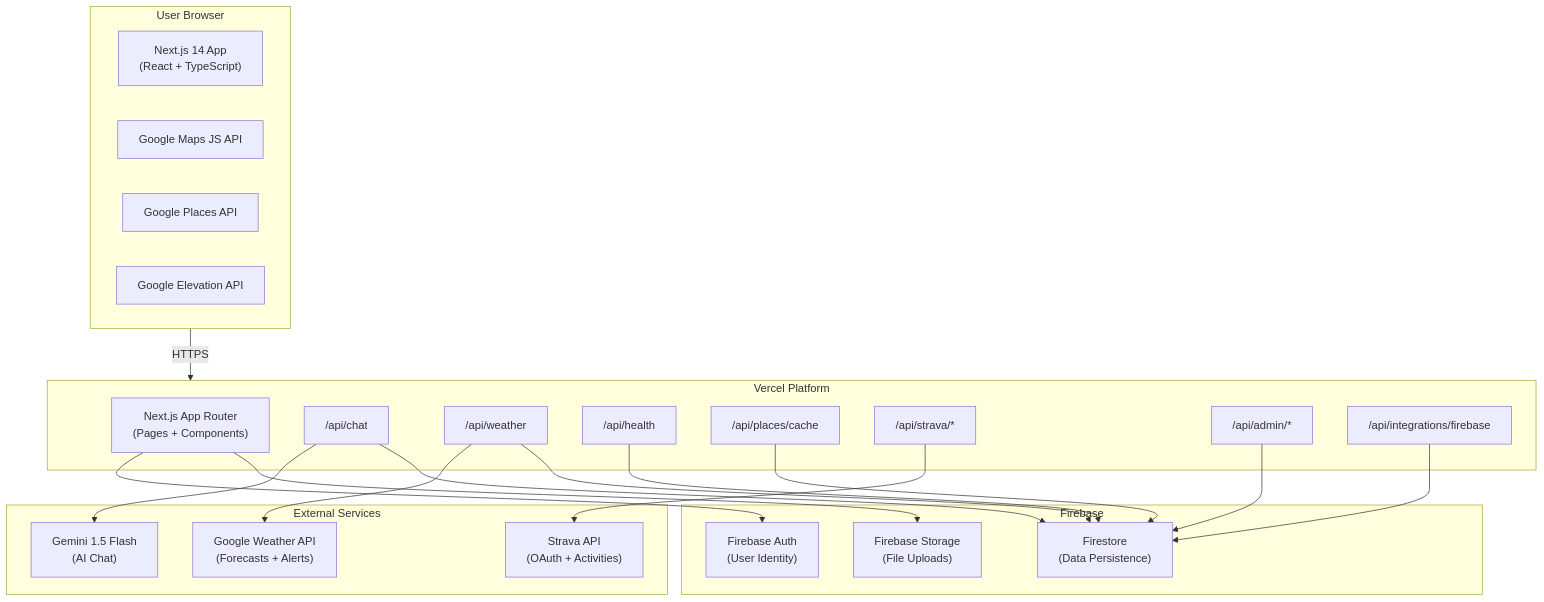
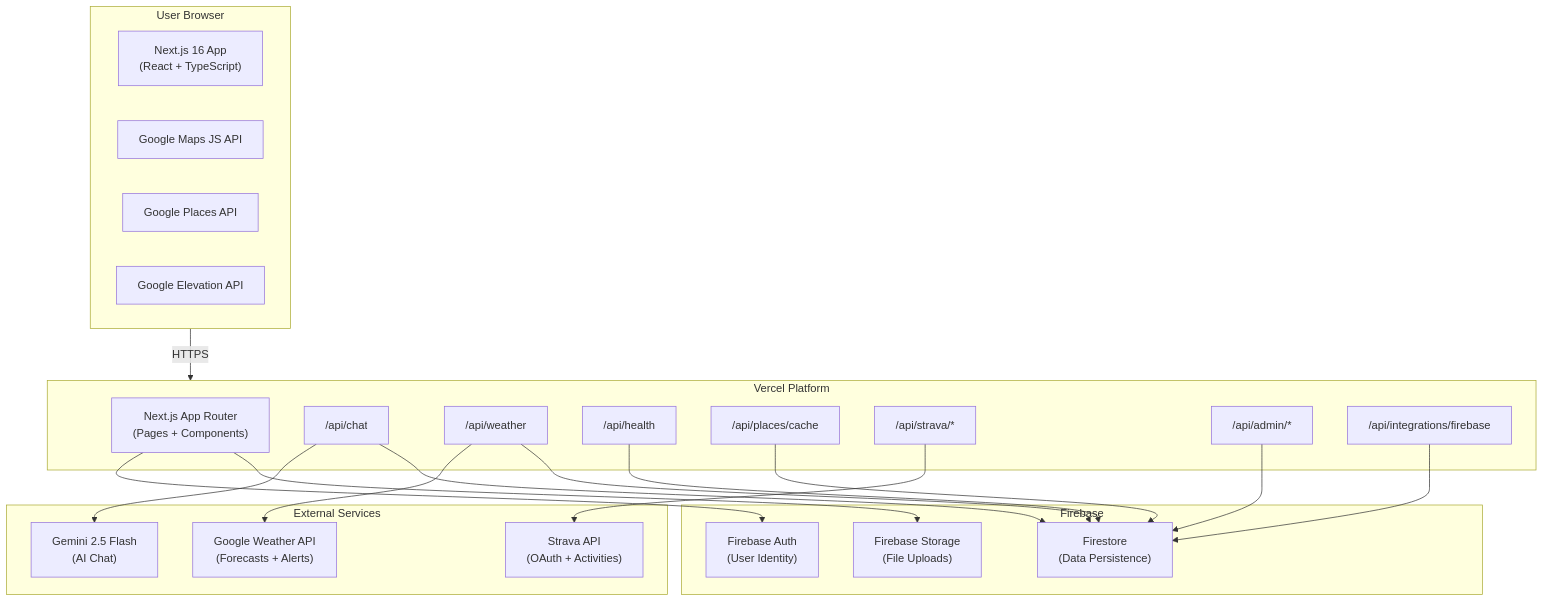
Before and after one commit to Oweeboi011/Fit-Ready-IQ: the first of 5 diagrams in README.md, drawn with Mermaid. The commit also changed other lines of this file and 1 other file, not shown here.

Commit message:
docs: correct the framework and model versions the docs still claimed
Both CLAUDE.md and the README described a Next.js 14 frontend talking to
Gemini 1.5 Flash. The chat model moved to gemini-2.5-flash when the 1.5
endpoint started returning 404, and the frontend is on Next 16.

Also records why the last-known location must be restored in an effect
rather than a useState initializer, since the obvious version of that
code reintroduces the hydration mismatch just fixed.

````diff
--- a/README.md
+++ b/README.md
@@ -42,45 +42,45 @@
 ```mermaid
 graph TB
     subgraph Client["User Browser"]
-        UI["Next.js 14 App<br/>(React + TypeScript)"]
+        UI["Next.js 16 App<br/>(React + TypeScript)"]
         Maps["Google Maps JS API"]
         Places["Google Places API"]
         Elevation["Google Elevation API"]
     end
 
     subgraph Vercel["Vercel Platform"]
         App["Next.js App Router<br/>(Pages + Components)"]
         ChatRoute["/api/chat"]
         WeatherRoute["/api/weather"]
         HealthRoute["/api/health"]
         PlacesCache["/api/places/cache"]
         StravaRoutes["/api/strava/*"]
         AdminRoutes["/api/admin/*"]
         FirebaseRoute["/api/integrations/firebase"]
     end
 
     subgraph External["External Services"]
-        Gemini["Gemini 1.5 Flash<br/>(AI Chat)"]
+        Gemini["Gemini 2.5 Flash<br/>(AI Chat)"]
         Strava["Strava API<br/>(OAuth + Activities)"]
         Weather["Google Weather API<br/>(Forecasts + Alerts)"]
     end
 
     subgraph Firebase["Firebase"]
         Firestore["Firestore<br/>(Data Persistence)"]
         Auth["Firebase Auth<br/>(User Identity)"]
         Storage["Firebase Storage<br/>(File Uploads)"]
     end
 
     Client -->|HTTPS| Vercel
     ChatRoute --> Gemini
     ChatRoute --> Firestore
     WeatherRoute --> Weather
     WeatherRoute --> Firestore
     HealthRoute --> Firestore
     PlacesCache --> Firestore
     StravaRoutes --> Strava
     AdminRoutes --> Firestore
     FirebaseRoute --> Firestore
     App --> Auth
     App --> Storage
 ```
````
